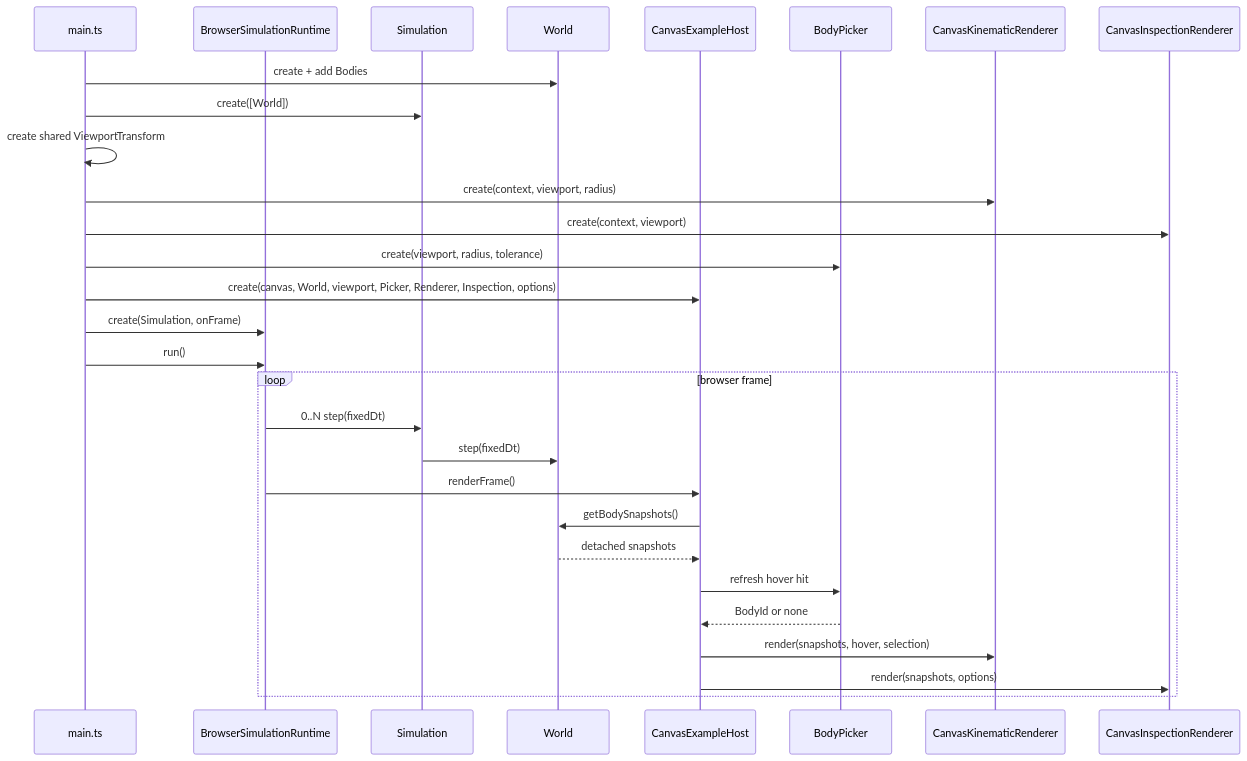
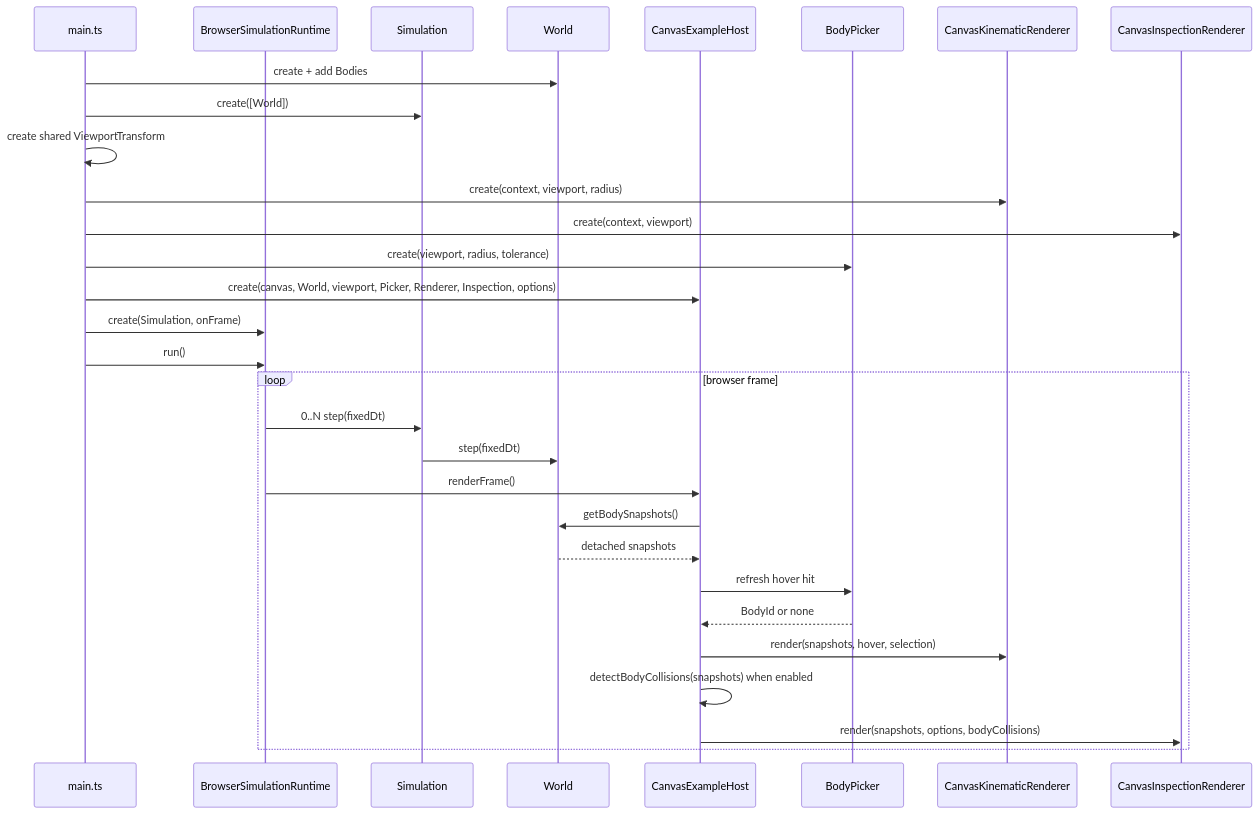
Diagram 11 of 12 in docs/architecture/README.md (fa-ribeiro/vLab2D), drawn with Mermaid before and after one commit. The commit also changed other lines of this file and 16 other files, not shown here.

````diff
--- a/docs/architecture/README.md
+++ b/docs/architecture/README.md
@@ -1032,33 +1032,34 @@
 ```mermaid
 sequenceDiagram
     participant Main as main.ts
     participant Runtime as BrowserSimulationRuntime
     participant Simulation
     participant World
     participant Host as CanvasExampleHost
     participant Picker as BodyPicker
     participant Renderer as CanvasKinematicRenderer
     participant Inspection as CanvasInspectionRenderer
 
     Main->>World: create + add Bodies
     Main->>Simulation: create([World])
     Main->>Main: create shared ViewportTransform
     Main->>Renderer: create(context, viewport, radius)
     Main->>Inspection: create(context, viewport)
     Main->>Picker: create(viewport, radius, tolerance)
     Main->>Host: create(canvas, World, viewport, Picker, Renderer, Inspection, options)
     Main->>Runtime: create(Simulation, onFrame)
     Main->>Runtime: run()
 
     loop browser frame
         Runtime->>Simulation: 0..N step(fixedDt)
         Simulation->>World: step(fixedDt)
         Runtime->>Host: renderFrame()
         Host->>World: getBodySnapshots()
         World-->>Host: detached snapshots
         Host->>Picker: refresh hover hit
         Picker-->>Host: BodyId or none
         Host->>Renderer: render(snapshots, hover, selection)
-        Host->>Inspection: render(snapshots, options)
+        Host->>Host: detectBodyCollisions(snapshots) when enabled
+        Host->>Inspection: render(snapshots, options, bodyCollisions)
     end
 ```
````
